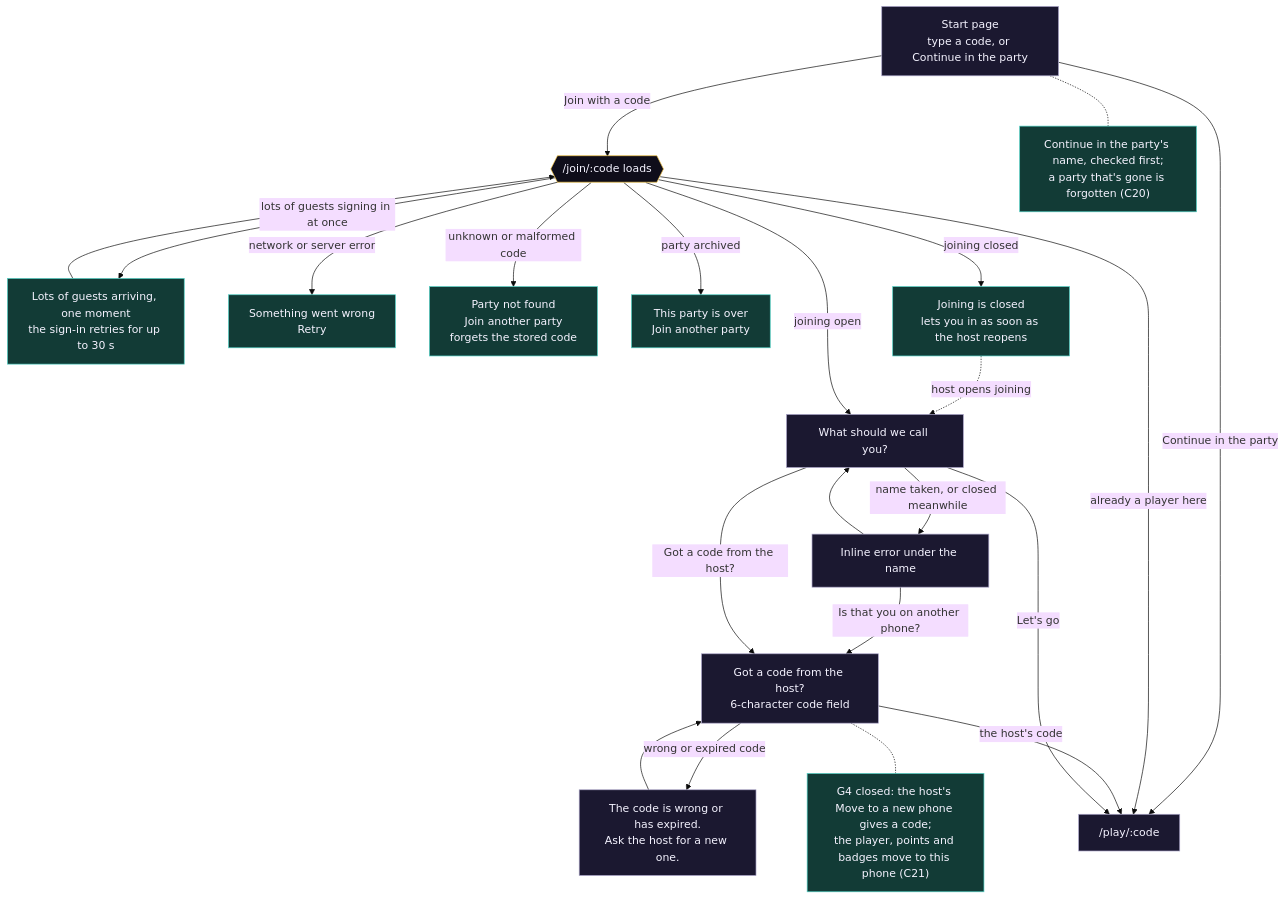
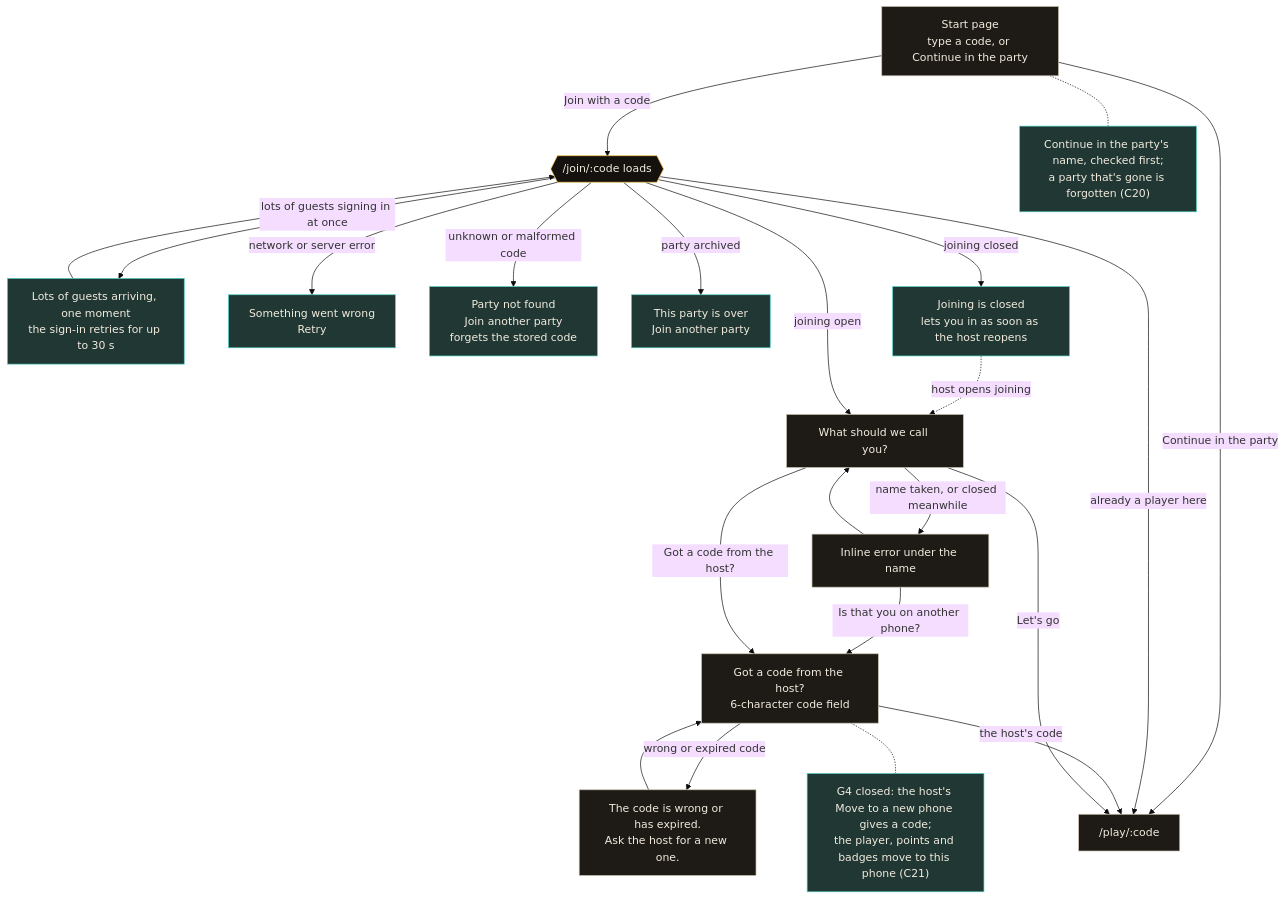
Before and after one commit to NicolaiLassen/hurra: the second of 14 diagrams in docs/user-flows.md, drawn with Mermaid (base theme). The commit also changed other lines of this file and 6 other files, not shown here.

````diff
--- a/docs/user-flows.md
+++ b/docs/user-flows.md
@@ -64,30 +64,30 @@
 ```mermaid
 flowchart TD
-  classDef screen fill:#1b1830,stroke:#a9a3c7,color:#f5f3ff
-  classDef gate fill:#0f0d1a,stroke:#f5c542,color:#f5f3ff
-  classDef closed fill:#123b36,stroke:#4fd1c5,color:#f5f3ff
-  classDef open fill:#3b1d2a,stroke:#ff6b6b,color:#f5f3ff
+  classDef screen fill:#1e1a16,stroke:#c9bfae,color:#f2ebde
+  classDef gate fill:#14110e,stroke:#f5c542,color:#f2ebde
+  classDef closed fill:#203733,stroke:#4fd1c5,color:#f2ebde
+  classDef open fill:#402118,stroke:#f2603f,color:#f2ebde
 
   HOME["Start page<br/>type a code, or Continue in the party"]:::screen
   HOME -- "Join with a code" --> J0{{"/join/:code loads"}}:::gate
   HOME -- "Continue in the party" --> P0["/play/:code"]:::screen
   HOME -.- C20["Continue in the party's name, checked first;<br/>a party that's gone is forgotten (C20)"]:::closed
   J0 -- "lots of guests signing in at once" --> BUSY["Lots of guests arriving, one moment<br/>the sign-in retries for up to 30 s"]:::closed
   BUSY --> J0
   J0 -- "network or server error" --> E1["Something went wrong<br/>Retry"]:::closed
   J0 -- "unknown or malformed code" --> NF1["Party not found<br/>Join another party<br/>forgets the stored code"]:::closed
   J0 -- "already a player here" --> P0
   J0 -- "party archived" --> AR1["This party is over<br/>Join another party"]:::closed
   J0 -- "joining closed" --> CL1["Joining is closed<br/>lets you in as soon as the host reopens"]:::closed
   CL1 -. "host opens joining" .-> FORM
   J0 -- "joining open" --> FORM["What should we call you?"]:::screen
   FORM -- "name taken, or closed meanwhile" --> FERR["Inline error under the name"]:::screen
   FERR --> FORM
   FERR -- "Is that you on another phone?" --> CODE["Got a code from the host?<br/>6-character code field"]:::screen
   FORM -- "Got a code from the host?" --> CODE
   CODE -- "wrong or expired code" --> CERR["The code is wrong or has expired.<br/>Ask the host for a new one."]:::screen
   CERR --> CODE
   CODE -- "the host's code" --> P0
   CODE -.- C21["G4 closed: the host's Move to a new phone gives a code;<br/>the player, points and badges move to this phone (C21)"]:::closed
   FORM -- "Let's go" --> P0
 ```
````
